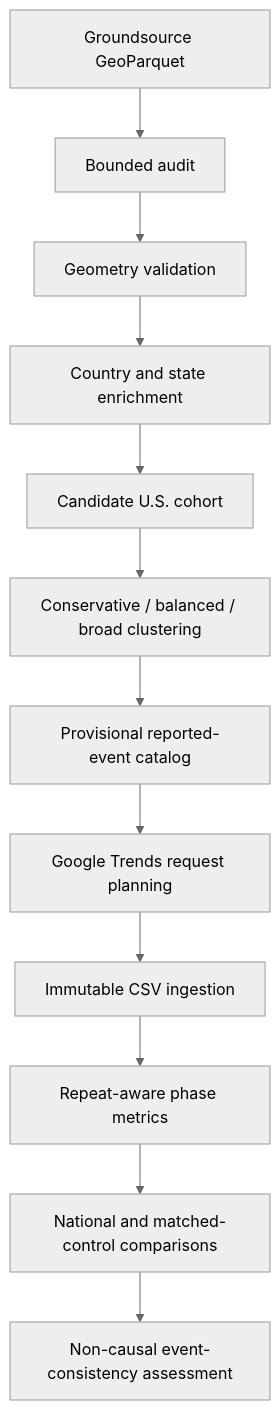
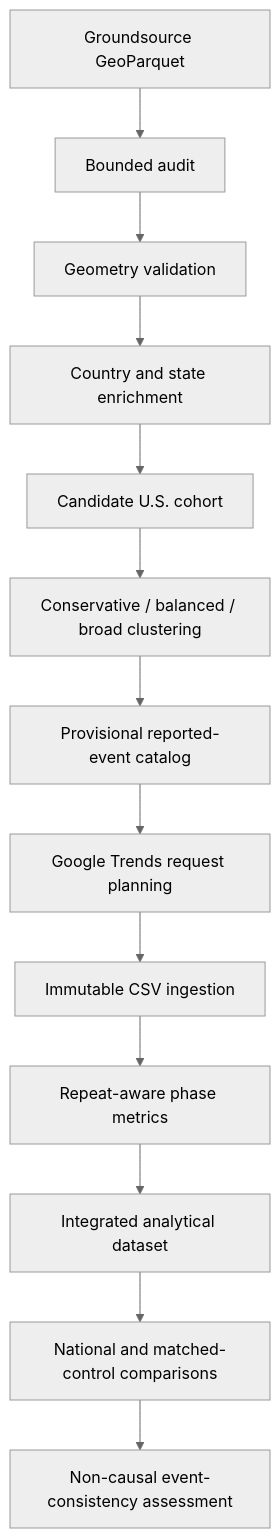
The diagram in README.md (aminilia/GeoDemand), drawn with Mermaid (neutral theme) before and after one commit. The commit also changed other lines of this file and 8 other files, not shown here.

````diff
--- a/README.md
+++ b/README.md
@@ -13,14 +13,15 @@
 ```mermaid
 flowchart TD
     A["Groundsource GeoParquet"] --> B["Bounded audit"]
     B --> C["Geometry validation"]
     C --> D["Country and state enrichment"]
     D --> E["Candidate U.S. cohort"]
     E --> F["Conservative / balanced / broad clustering"]
     F --> G["Provisional reported-event catalog"]
     G --> H["Google Trends request planning"]
     H --> I["Immutable CSV ingestion"]
     I --> J["Repeat-aware phase metrics"]
-    J --> K["National and matched-control comparisons"]
-    K --> L["Non-causal event-consistency assessment"]
+    J --> K["Integrated analytical dataset"]
+    K --> L["National and matched-control comparisons"]
+    L --> M["Non-causal event-consistency assessment"]
 ```
````
